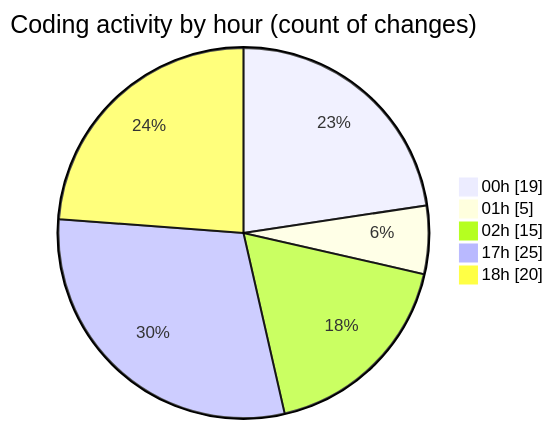
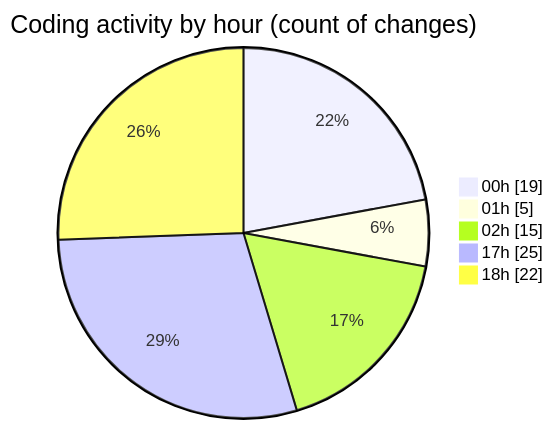
The second of 2 diagrams in 2025-02-14/elitegpt/README.md (Elitesun/code-tracking), drawn with Mermaid before and after one commit. The commit also changed other lines of this file and 1 other file, not shown here.

````diff
--- a/2025-02-14/elitegpt/README.md
+++ b/2025-02-14/elitegpt/README.md
@@ -44,9 +44,9 @@
 ```mermaid
 pie showData
 title Coding activity by hour (count of changes)
 "00h" : 19
 "01h" : 5
 "02h" : 15
 "17h" : 25
-"18h" : 20
+"18h" : 22
 ```
````
